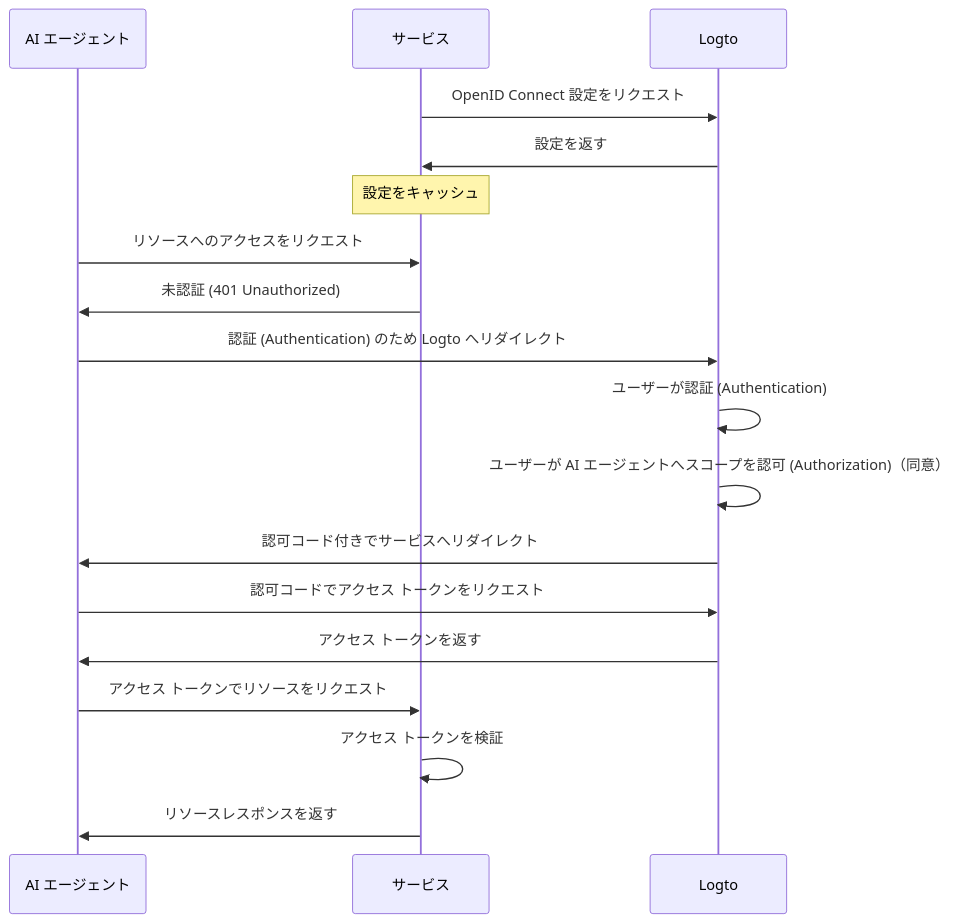
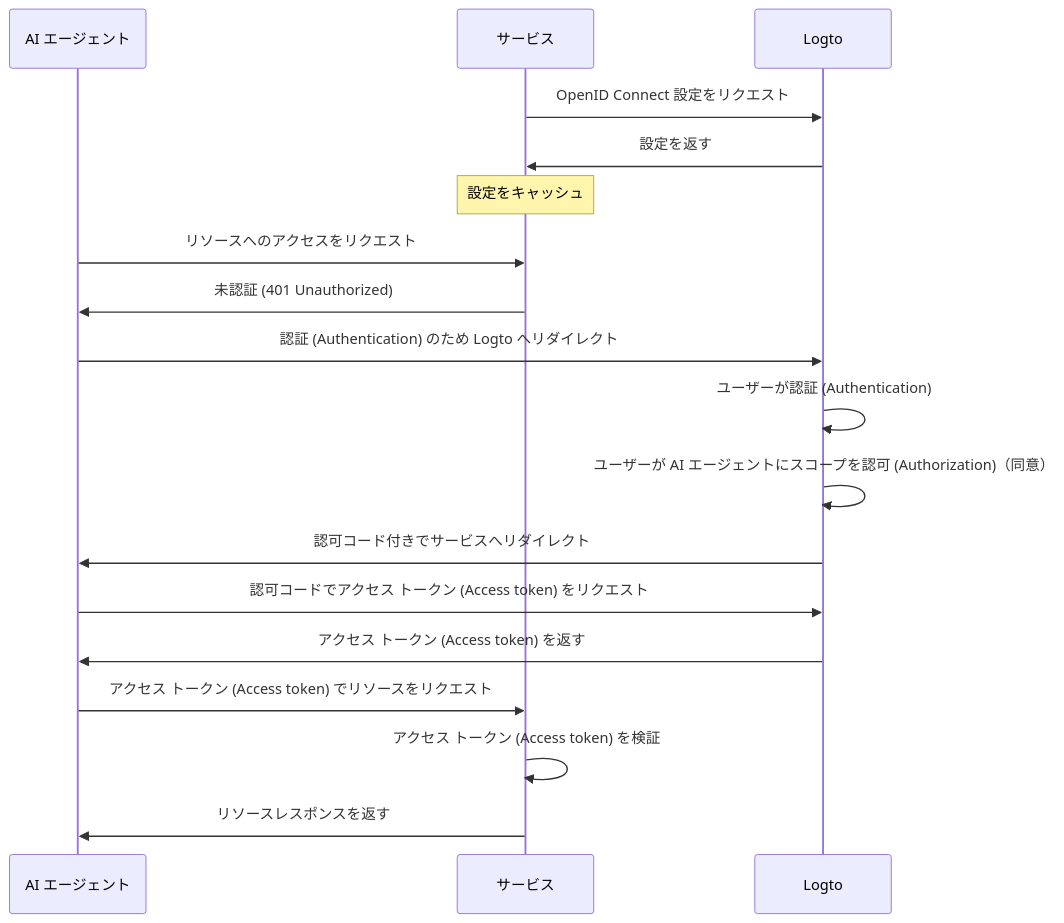
The diagram in i18n/ja/docusaurus-plugin-content-docs/current/use-cases/ai/enable-third-party-ai-agent-access.mdx (logto-io/docs), drawn with Mermaid before and after one commit. The commit also changed other lines of this file and 89 other files, not shown here.

````diff
--- a/i18n/ja/docusaurus-plugin-content-docs/current/use-cases/ai/enable-third-party-ai-agent-access.mdx
+++ b/i18n/ja/docusaurus-plugin-content-docs/current/use-cases/ai/enable-third-party-ai-agent-access.mdx
@@ -61,21 +64,21 @@
 ```mermaid
 sequenceDiagram
     participant Agent as AI エージェント
     participant Service as サービス
     participant Logto
 
     Service->>Logto: OpenID Connect 設定をリクエスト
     Logto->>Service: 設定を返す
     Note over Service: 設定をキャッシュ
     Agent->>Service: リソースへのアクセスをリクエスト
     Service->>Agent: 未認証 (401 Unauthorized)
     Agent->>Logto: 認証 (Authentication) のため Logto へリダイレクト
     Logto->>Logto: ユーザーが認証 (Authentication)
-    Logto->>Logto: ユーザーが AI エージェントへスコープを認可 (Authorization)（同意）
+    Logto->>Logto: ユーザーが AI エージェントにスコープを認可 (Authorization)（同意）
     Logto->>Agent: 認可コード付きでサービスへリダイレクト
-    Agent->>Logto: 認可コードでアクセス トークンをリクエスト
-    Logto->>Agent: アクセス トークンを返す
-    Agent->>Service: アクセス トークンでリソースをリクエスト
-    Service->>Service: アクセス トークンを検証
+    Agent->>Logto: 認可コードでアクセス トークン (Access token) をリクエスト
+    Logto->>Agent: アクセス トークン (Access token) を返す
+    Agent->>Service: アクセス トークン (Access token) でリソースをリクエスト
+    Service->>Service: アクセス トークン (Access token) を検証
     Service->>Agent: リソースレスポンスを返す
 ```
````
